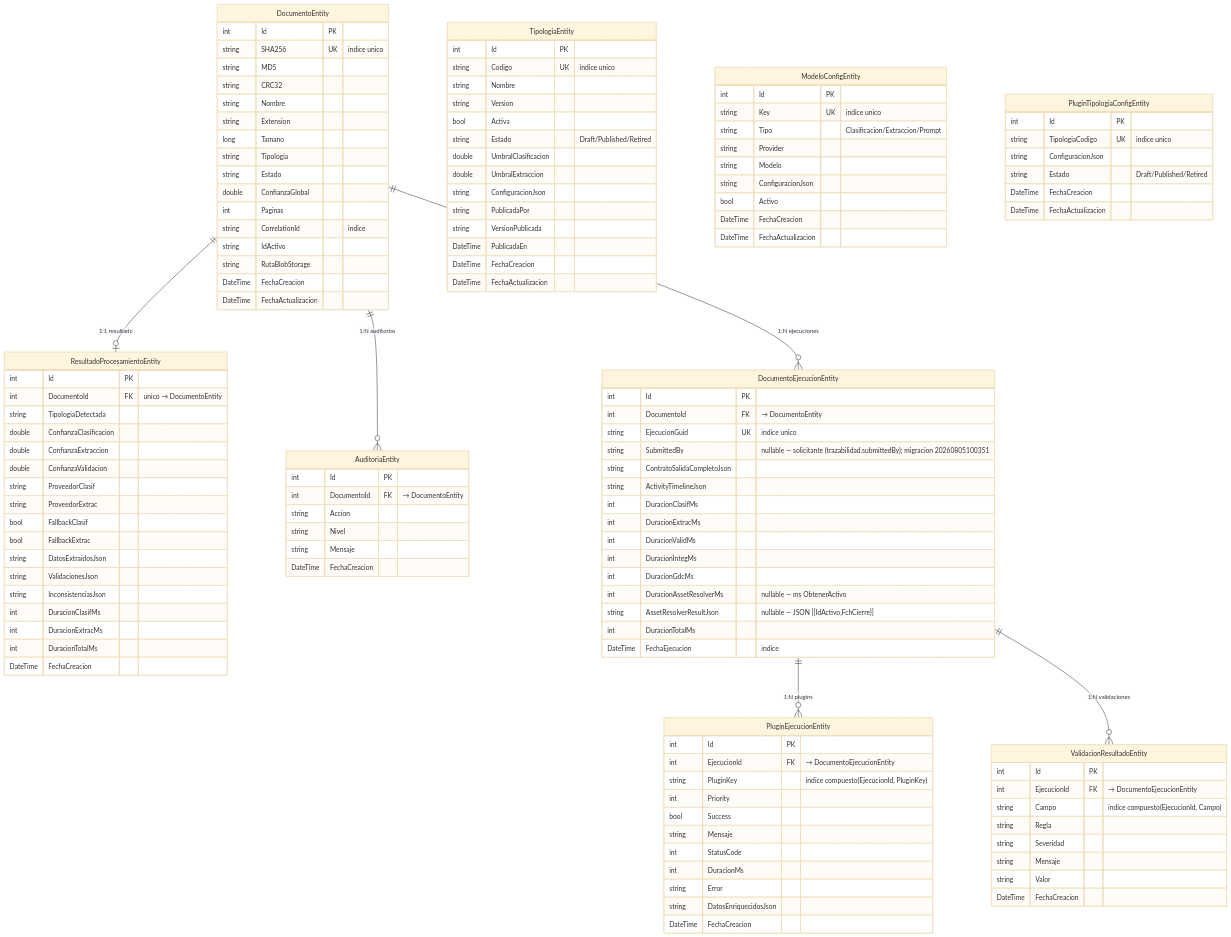
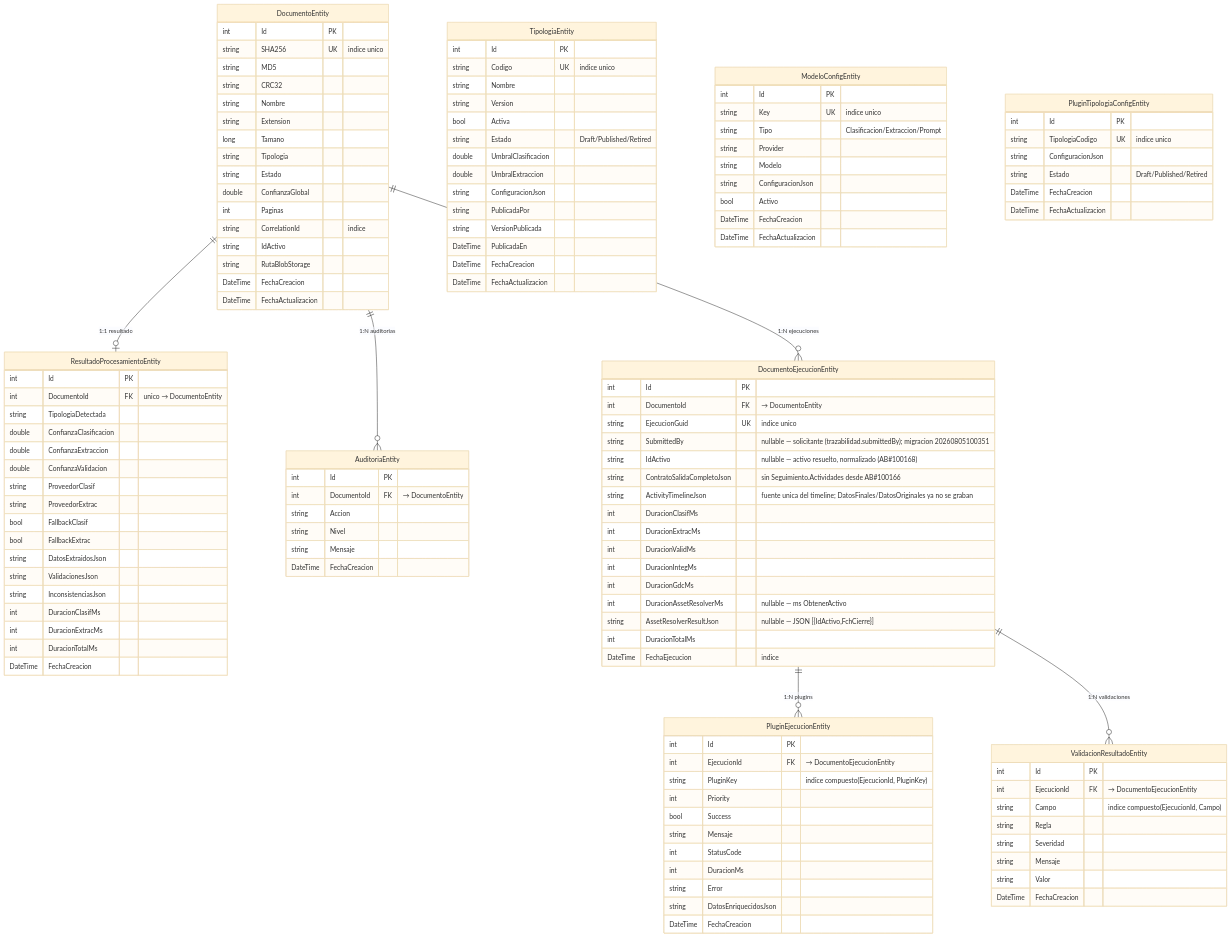
The tenth of 12 diagrams in docs/03_DISENO_TECNICO_DETALLADO.md (nvcrisologo02/AI-DocClassExt), drawn with Mermaid (base theme) before and after one commit. The commit also changed 11 other files, not shown here.

```diff
--- a/docs/03_DISENO_TECNICO_DETALLADO.md
+++ b/docs/03_DISENO_TECNICO_DETALLADO.md
@@ -967,8 +967,9 @@
         int DocumentoId FK "→ DocumentoEntity"
         string EjecucionGuid UK "indice unico"
         string SubmittedBy "nullable — solicitante (trazabilidad.submittedBy); migracion 20260805100351"
-        string ContratoSalidaCompletoJson
-        string ActivityTimelineJson
+        string IdActivo "nullable — activo resuelto, normalizado (AB#100168)"
+        string ContratoSalidaCompletoJson "sin Seguimiento.Actividades desde AB#100166"
+        string ActivityTimelineJson "fuente unica del timeline; DatosFinales/DatosOriginales ya no se graban"
         int DuracionClasifMs
         int DuracionExtracMs
         int DuracionValidMs
```
